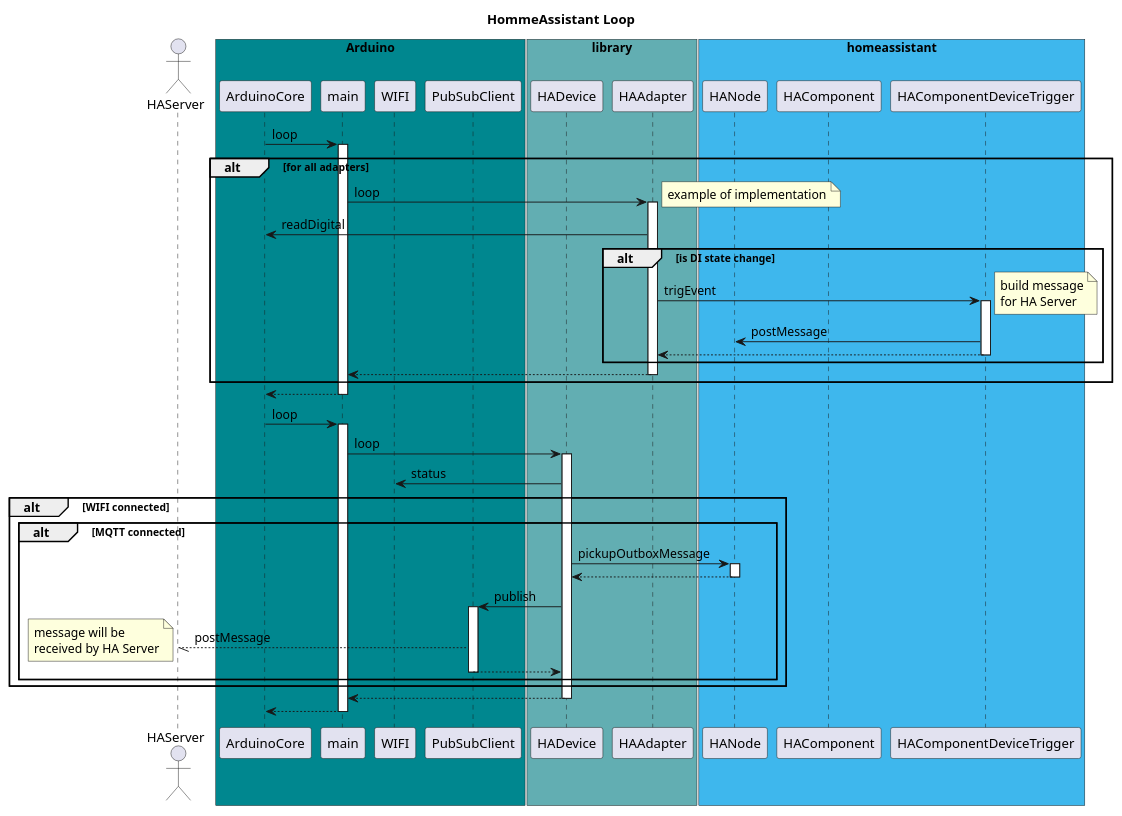
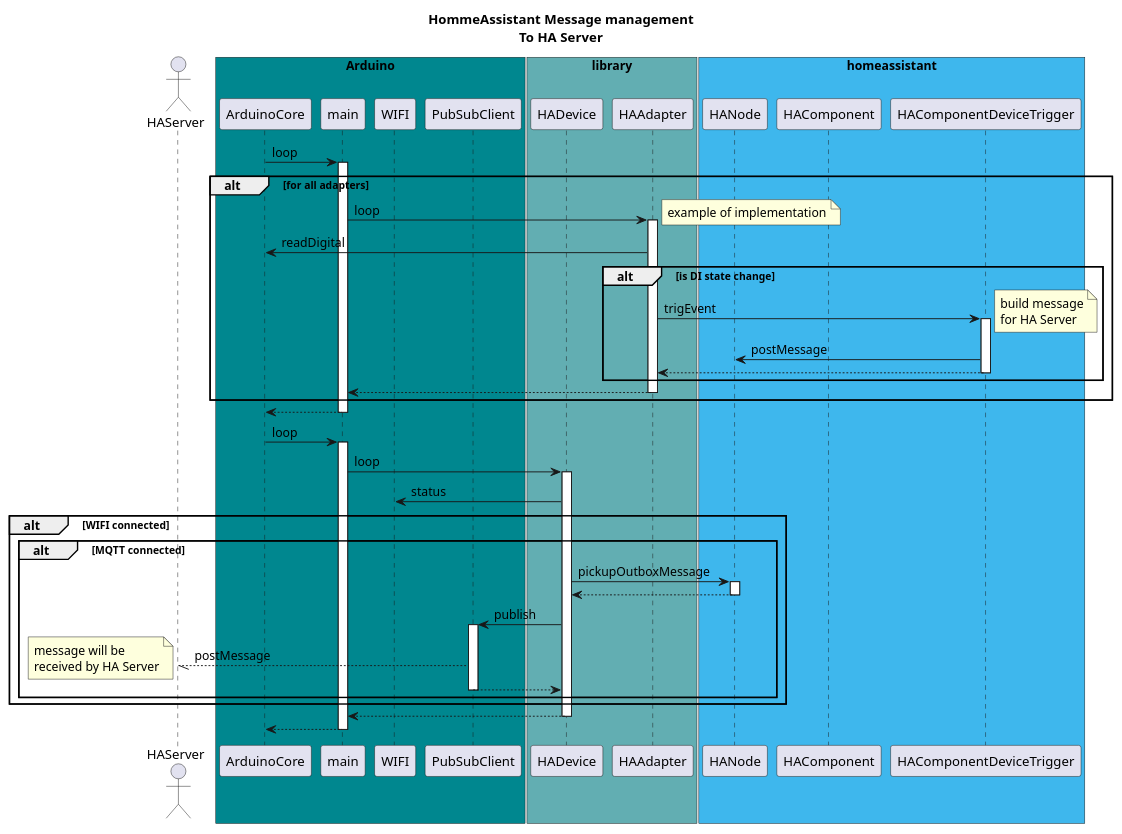
The diagram in doc/src/SD_HAMessage_UpStream_plantUML.puml (SBKila/homeassistantlibrary), drawn with PlantUML before and after one commit. The commit also changed 20 other files, not shown here.

```diff
--- a/doc/src/SD_HAMessage_UpStream_plantUML.puml
+++ b/doc/src/SD_HAMessage_UpStream_plantUML.puml
@@ -1,72 +1,72 @@
 @startuml
-title HommeAssistant Loop
+title HommeAssistant Message management\nTo HA Server
 
 actor HAServer
 
 
 box "Arduino" #00878F
 participant ArduinoCore
 participant main
 participant WIFI
 participant PubSubClient
 end box
 
 box "library" #62AEB2
 participant HADevice
 participant HAAdapter
 end box
 
 box "homeassistant" #3eb7ed
 participant HANode
 participant HAComponent
 participant HAComponentDeviceTrigger
 end box
 
 ArduinoCore->main : loop
 activate main
 
 alt for all adapters
     main->HAAdapter : loop
     activate HAAdapter
     note right : example of implementation
     HAAdapter->ArduinoCore : readDigital
     alt is DI state change
         HAAdapter->HAComponentDeviceTrigger : trigEvent
         activate HAComponentDeviceTrigger
         note right : build message\nfor HA Server
         HAComponentDeviceTrigger->HANode : postMessage
         return
     end
     return
 end
 
 ArduinoCore<--main :
 deactivate main
 
 ArduinoCore->main : loop
 activate main
 main->HADevice : loop
 activate HADevice
 
 HADevice->WIFI : status
 alt WIFI connected
     alt MQTT connected
 
         HADevice->HANode:pickupOutboxMessage
         activate HANode
         HADevice<--HANode:
         deactivate HANode
         HADevice->PubSubClient:publish
         activate PubSubClient
         HAServer\\--PubSubClient:postMessage
         note left : message will be\nreceived by HA Server
         return
 
     end
 end
 
 return
 return
 
 
 @enduml
```
